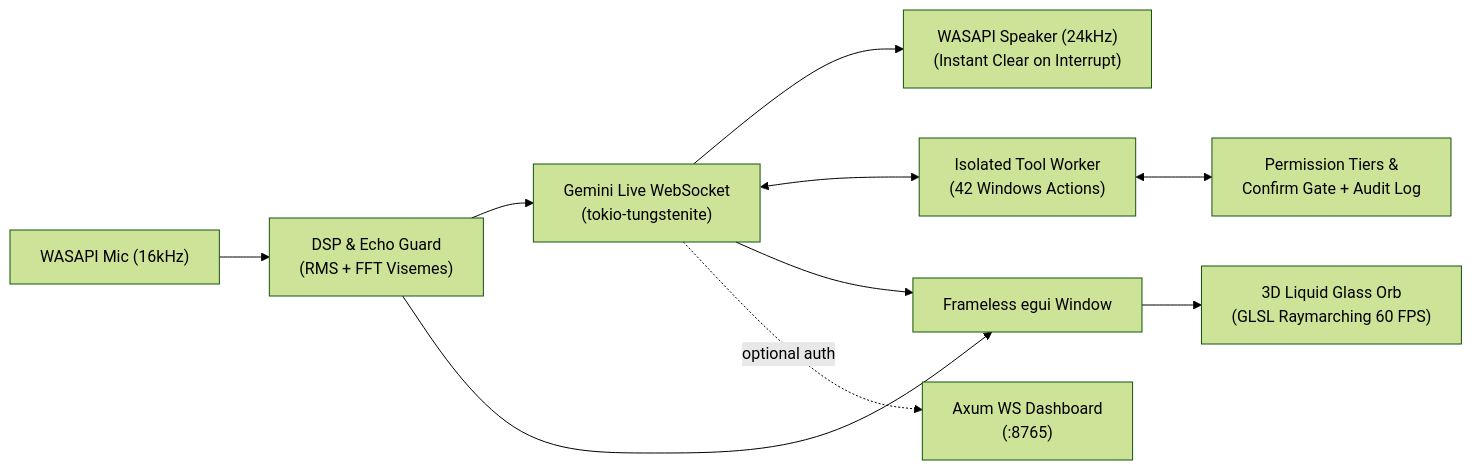
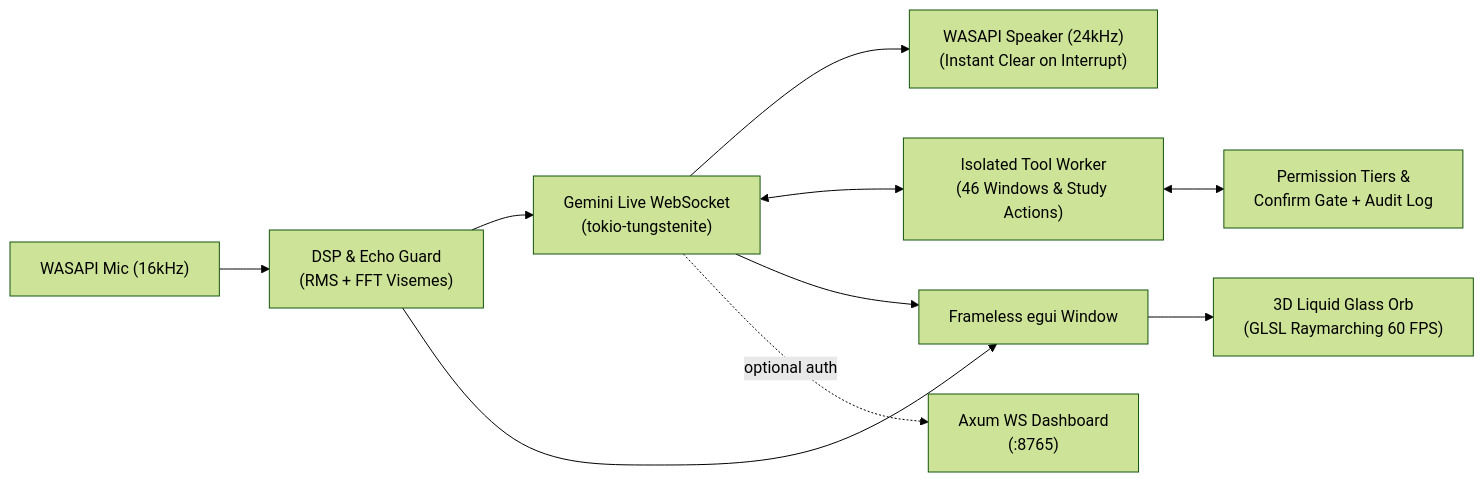
One commit to thodark/Boogie-AI-Assistant changed the diagram in README.md. Above: the diagram before and after it, drawn with Mermaid (forest theme). The commit also changed other lines of this file and 21 other files, not shown here.

````diff
--- a/README.md
+++ b/README.md
@@ -203,12 +200,12 @@
 ```mermaid
 flowchart LR
     Mic["WASAPI Mic (16kHz)"] --> DSP["DSP & Echo Guard\n(RMS + FFT Visemes)"]
     DSP --> WS["Gemini Live WebSocket\n(tokio-tungstenite)"]
     WS --> Speaker["WASAPI Speaker (24kHz)\n(Instant Clear on Interrupt)"]
-    WS <--> Worker["Isolated Tool Worker\n(42 Windows Actions)"]
+    WS <--> Worker["Isolated Tool Worker\n(46 Windows & Study Actions)"]
     Worker <--> Gate["Permission Tiers &\nConfirm Gate + Audit Log"]
     DSP --> GUI["Frameless egui Window"]
     WS --> GUI
     GUI --> Shader["3D Liquid Glass Orb\n(GLSL Raymarching 60 FPS)"]
     WS -. optional auth .-> Dash["Axum WS Dashboard\n(:8765)"]
 ```
````
